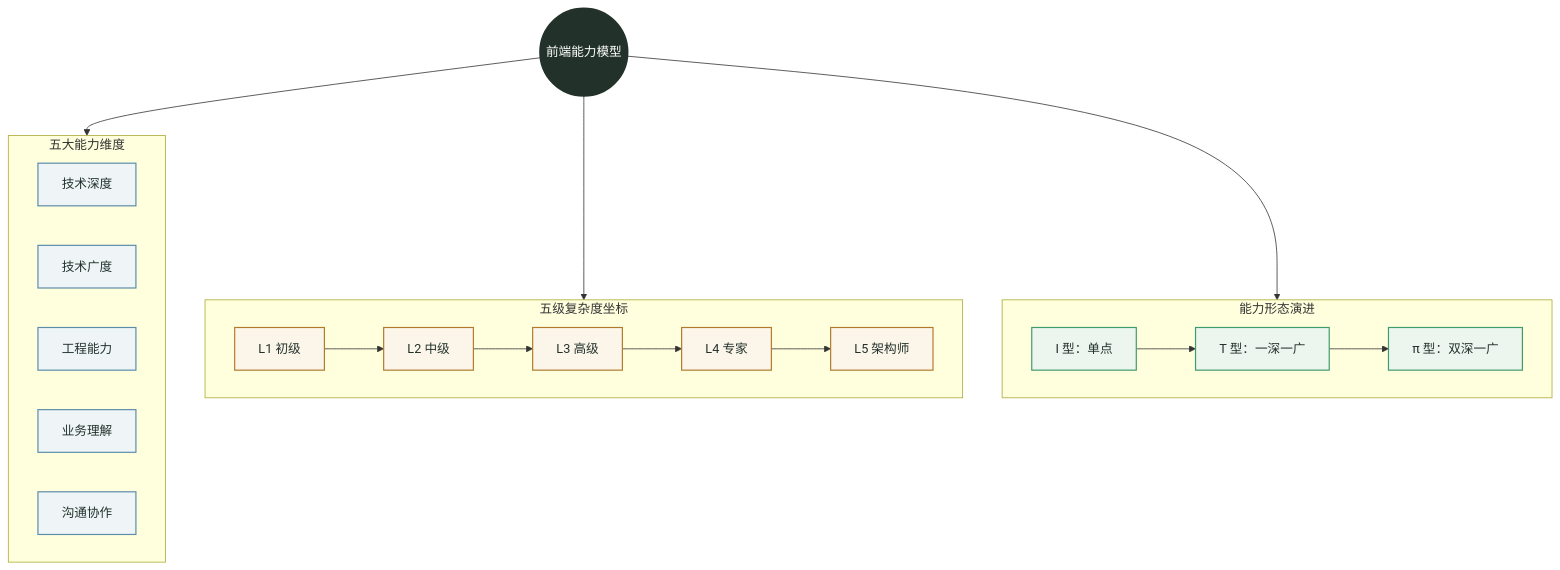
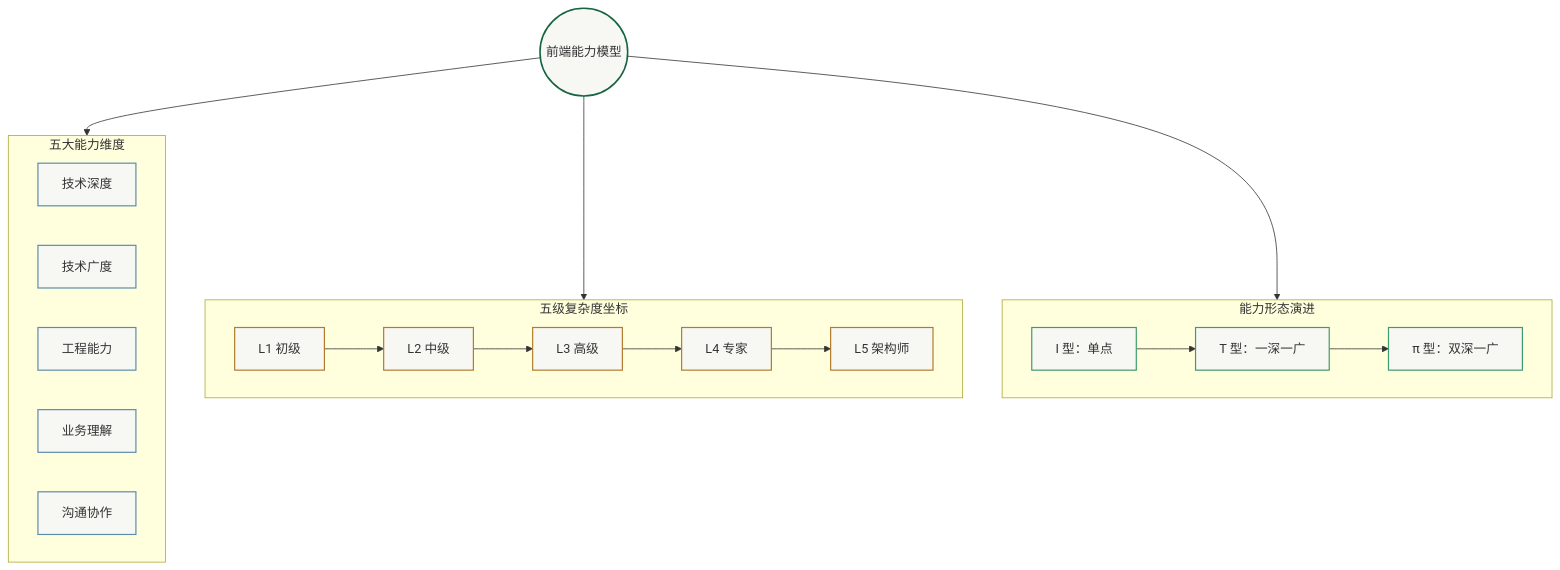
One commit to Fatejian/frontier-vault changed the first of 3 diagrams in docs/career/capability-model.md. Above: the diagram before and after it, drawn with Mermaid. The commit also changed other lines of this file and 65 other files, not shown here.

First line of the commit message:
fix(theme): unify mermaid chart palette and remove solid core fills

````diff
--- a/docs/career/capability-model.md
+++ b/docs/career/capability-model.md
@@ -57,45 +57,45 @@
 ```mermaid
 flowchart TB
     Core((前端能力模型))
 
     subgraph Dimensions[五大能力维度]
         direction LR
         D1[技术深度]
         D2[技术广度]
         D3[工程能力]
         D4[业务理解]
         D5[沟通协作]
     end
 
     subgraph Levels[五级复杂度坐标]
         direction LR
         L1[L1 初级]
         L2[L2 中级]
         L3[L3 高级]
         L4[L4 专家]
         L5[L5 架构师]
         L1 --> L2 --> L3 --> L4 --> L5
     end
 
     subgraph Shape[能力形态演进]
         direction LR
         S1[I 型：单点]
         S2[T 型：一深一广]
         S3[π 型：双深一广]
         S1 --> S2 --> S3
     end
 
     Core --> Dimensions
     Core --> Levels
     Core --> Shape
 
-    classDef core fill:#22322B,color:#fff,stroke:#22322B,stroke-width:2px;
-    classDef wait fill:#EFF5F7,stroke:#5B8CA8,color:#22322B,stroke-width:1.5px;
-    classDef block fill:#FBF5EA,stroke:#B27B2C,color:#22322B,stroke-width:1.5px;
-    classDef work fill:#EDF5EF,stroke:#3E9B6B,color:#22322B,stroke-width:1.5px;
+    classDef core fill:#F7F7F3,stroke:#176540,stroke-width:2px;
+    classDef wait fill:#F7F7F3,stroke:#5B8CA8,stroke-width:1.5px;
+    classDef block fill:#F7F7F3,stroke:#B27B2C,stroke-width:1.5px;
+    classDef work fill:#F7F7F3,stroke:#3E9B6B,stroke-width:1.5px;
 
     class Core core;
     class D1,D2,D3,D4,D5 wait;
     class L1,L2,L3,L4,L5 block;
     class S1,S2,S3 work;
 ```
````
